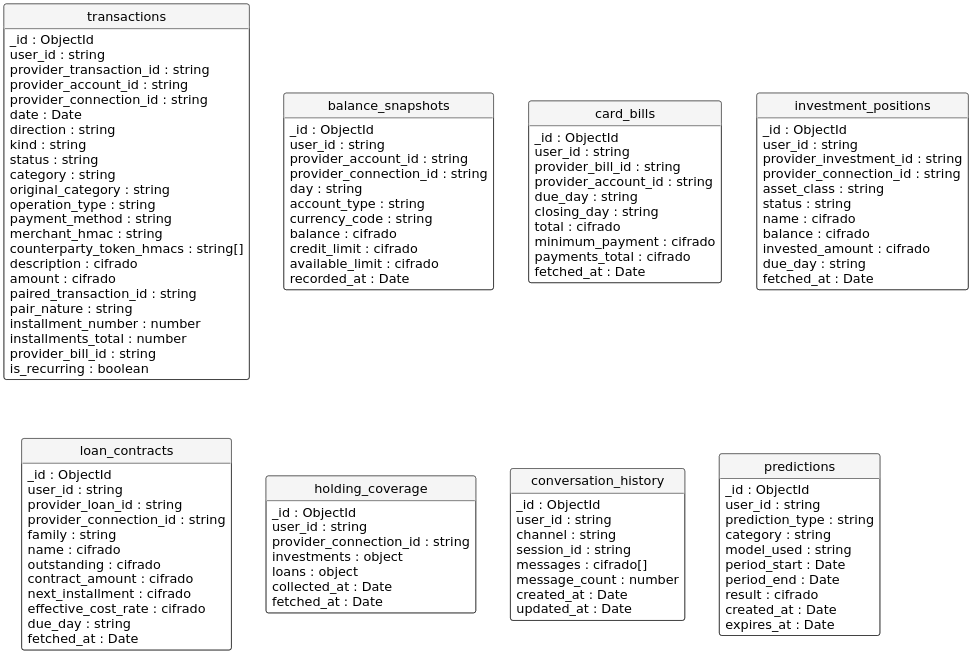
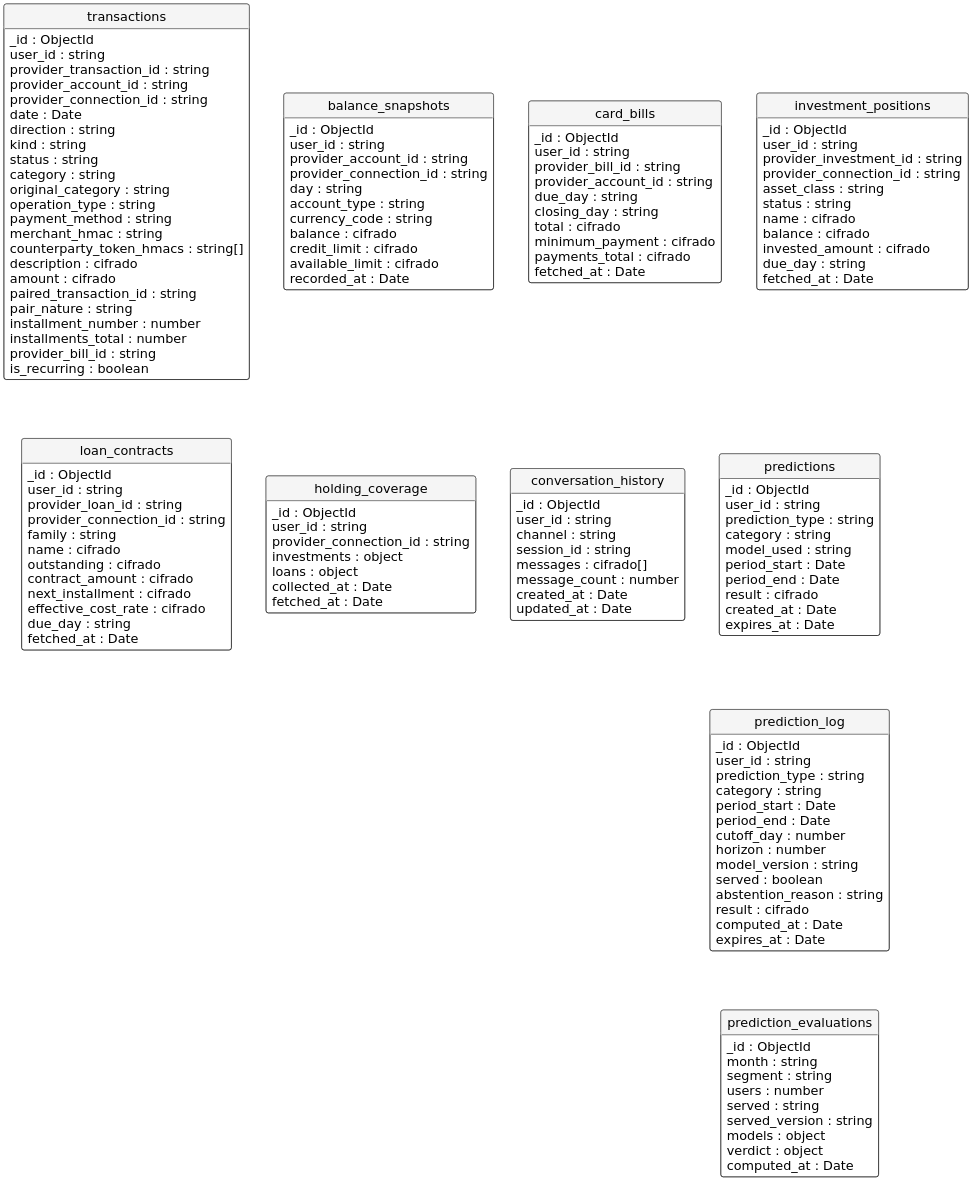
One commit to eigam-corp/thesis changed the diagram in puml/mongo.puml. Above: the diagram before and after it, drawn with PlantUML. The commit also changed 52 other files, not shown here.

```diff
--- a/puml/mongo.puml
+++ b/puml/mongo.puml
@@ -1,141 +1,172 @@
 @startuml mongo
 skinparam defaultFontName "DejaVu Sans"
 skinparam shadowing false
 skinparam monochrome true
 skinparam dpi 220
 skinparam defaultFontSize 14
 skinparam ArrowThickness 1.3
 hide circle
 hide methods
 skinparam class {
     BackgroundColor White
     BorderColor Black
     HeaderBackgroundColor WhiteSmoke
     FontSize 14
     AttributeFontSize 13
 }
 
 entity transactions {
     _id : ObjectId
     user_id : string
     provider_transaction_id : string
     provider_account_id : string
     provider_connection_id : string
     date : Date
     direction : string
     kind : string
     status : string
     category : string
     original_category : string
     operation_type : string
     payment_method : string
     merchant_hmac : string
     counterparty_token_hmacs : string[]
     description : cifrado
     amount : cifrado
     paired_transaction_id : string
     pair_nature : string
     installment_number : number
     installments_total : number
     provider_bill_id : string
     is_recurring : boolean
 }
 
 entity balance_snapshots {
     _id : ObjectId
     user_id : string
     provider_account_id : string
     provider_connection_id : string
     day : string
     account_type : string
     currency_code : string
     balance : cifrado
     credit_limit : cifrado
     available_limit : cifrado
     recorded_at : Date
 }
 
 entity card_bills {
     _id : ObjectId
     user_id : string
     provider_bill_id : string
     provider_account_id : string
     due_day : string
     closing_day : string
     total : cifrado
     minimum_payment : cifrado
     payments_total : cifrado
     fetched_at : Date
 }
 
 entity investment_positions {
     _id : ObjectId
     user_id : string
     provider_investment_id : string
     provider_connection_id : string
     asset_class : string
     status : string
     name : cifrado
     balance : cifrado
     invested_amount : cifrado
     due_day : string
     fetched_at : Date
 }
 
 entity loan_contracts {
     _id : ObjectId
     user_id : string
     provider_loan_id : string
     provider_connection_id : string
     family : string
     name : cifrado
     outstanding : cifrado
     contract_amount : cifrado
     next_installment : cifrado
     effective_cost_rate : cifrado
     due_day : string
     fetched_at : Date
 }
 
 entity holding_coverage {
     _id : ObjectId
     user_id : string
     provider_connection_id : string
     investments : object
     loans : object
     collected_at : Date
     fetched_at : Date
 }
 
 entity conversation_history {
     _id : ObjectId
     user_id : string
     channel : string
     session_id : string
     messages : cifrado[]
     message_count : number
     created_at : Date
     updated_at : Date
 }
 
 entity predictions {
     _id : ObjectId
     user_id : string
     prediction_type : string
     category : string
     model_used : string
     period_start : Date
     period_end : Date
     result : cifrado
     created_at : Date
     expires_at : Date
 }
 
+entity prediction_log {
+    _id : ObjectId
+    user_id : string
+    prediction_type : string
+    category : string
+    period_start : Date
+    period_end : Date
+    cutoff_day : number
+    horizon : number
+    model_version : string
+    served : boolean
+    abstention_reason : string
+    result : cifrado
+    computed_at : Date
+    expires_at : Date
+}
+
+entity prediction_evaluations {
+    _id : ObjectId
+    month : string
+    segment : string
+    users : number
+    served : string
+    served_version : string
+    models : object
+    verdict : object
+    computed_at : Date
+}
+
 transactions -[hidden]right- balance_snapshots
 balance_snapshots -[hidden]right- card_bills
 card_bills -[hidden]right- investment_positions
 transactions -[hidden]down- loan_contracts
 loan_contracts -[hidden]right- holding_coverage
 holding_coverage -[hidden]right- conversation_history
 conversation_history -[hidden]right- predictions
+predictions -[hidden]down- prediction_log
+prediction_log -[hidden]down- prediction_evaluations
 @enduml
```
